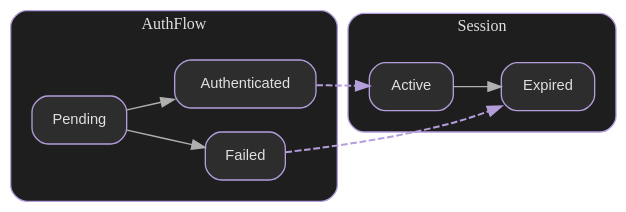
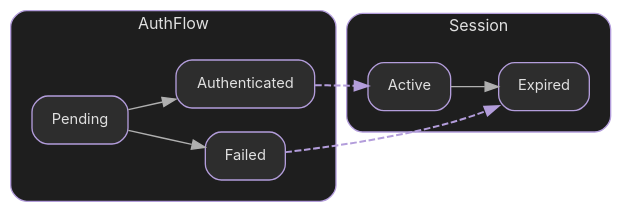
Before and after one commit to elijahr/nim-typestates: the fourth of 4 diagrams in docs/guide/visualization.md, drawn with Graphviz. The commit also changed other lines of this file and 10 other files, not shown here.

First line of the commit message:
fix(viz): remove auto-regen hook, use Inter font stack

````diff
--- a/docs/guide/visualization.md
+++ b/docs/guide/visualization.md
@@ -307,48 +307,48 @@
 ```dot
 digraph {
   rankdir=LR;
   bgcolor="transparent";
   pad=0.5;
 
-  node [shape=box, style="rounded,filled", fillcolor="#2d2d2d", color="#b39ddb", fontcolor="#e0e0e0", fontname="Helvetica", fontsize=11, margin="0.2,0.1"];
-  edge [fontname="Helvetica", fontsize=9, color="#b0b0b0"];
+  node [shape=box, style="rounded,filled", fillcolor="#2d2d2d", color="#b39ddb", fontcolor="#e0e0e0", fontname="Inter, SF Pro Display, -apple-system, BlinkMacSystemFont, Segoe UI, Roboto, sans-serif", fontsize=11, margin="0.2,0.1"];
+  edge [fontname="Inter, SF Pro Display, -apple-system, BlinkMacSystemFont, Segoe UI, Roboto, sans-serif", fontsize=9, color="#b0b0b0"];
 
   subgraph cluster_Session {
     label="Session";
-    fontname="Helvetica Bold";
+    fontname="Inter, SF Pro Display, -apple-system, BlinkMacSystemFont, Segoe UI, Roboto, sans-serif";
     fontsize=12;
     fontcolor="#e0e0e0";
     style="rounded";
     color="#b39ddb";
     bgcolor="#1e1e1e";
     margin=16;
 
     Active;
     Expired;
 
     Active -> Expired;
   }
 
   subgraph cluster_AuthFlow {
     label="AuthFlow";
-    fontname="Helvetica Bold";
+    fontname="Inter, SF Pro Display, -apple-system, BlinkMacSystemFont, Segoe UI, Roboto, sans-serif";
     fontsize=12;
     fontcolor="#e0e0e0";
     style="rounded";
     color="#b39ddb";
     bgcolor="#1e1e1e";
     margin=16;
 
     Pending;
     Authenticated;
     Failed;
 
     Pending -> Authenticated;
     Pending -> Failed;
   }
 
   // Bridges (cross-typestate)
   Authenticated -> Active [style=dashed, color="#b39ddb", penwidth=1.5];
   Failed -> Expired [style=dashed, color="#b39ddb", penwidth=1.5];
 }
 ```
````
